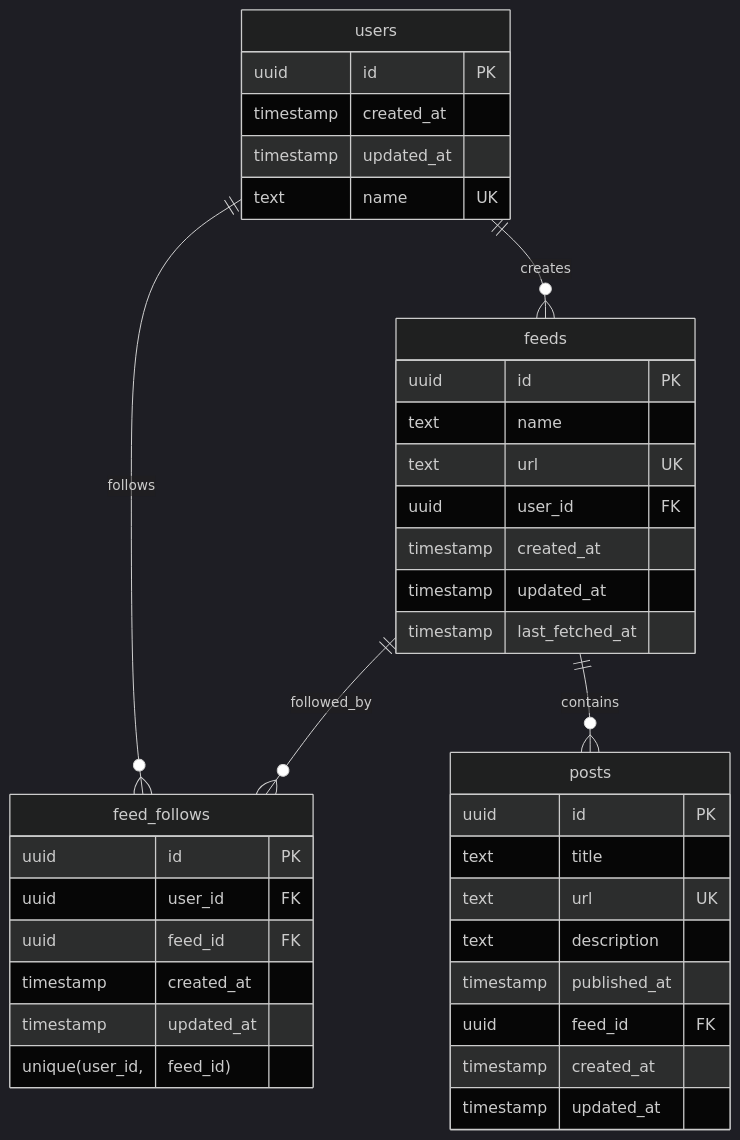
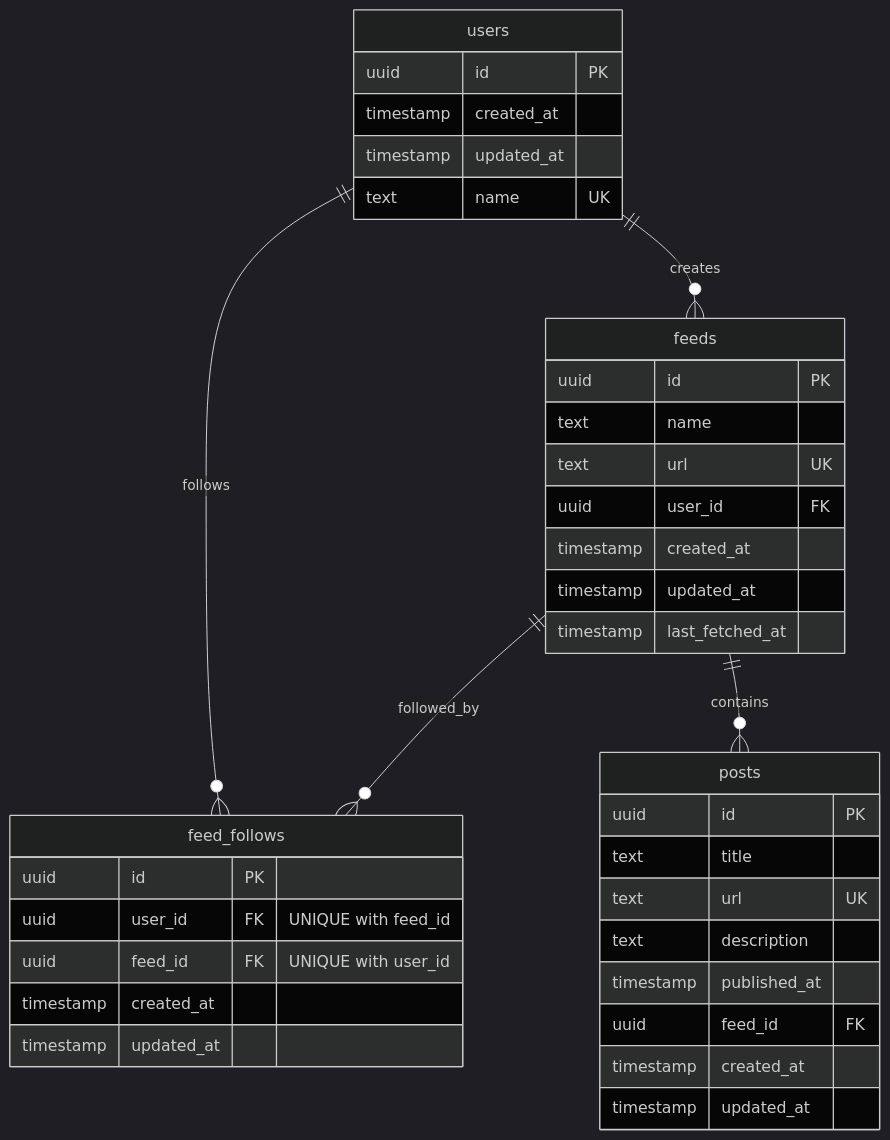
One commit to lmilojevicc/gator changed the diagram in README.md. Above: the diagram before and after it, drawn with Mermaid (dark theme).

Commit message:
Fix README diagram

````diff
--- a/README.md
+++ b/README.md
@@ -217,44 +217,45 @@
 ```mermaid
 erDiagram
-    users ||--o{ feeds : "creates"
-    users ||--o{ feed_follows : "follows"
-    feeds ||--o{ feed_follows : "followed_by"
-    feeds ||--o{ posts : "contains"
+users ||--o{ feeds : creates
+users ||--o{ feed_follows : follows
+feeds ||--o{ feed_follows : followed_by
+feeds ||--o{ posts : contains
 
     users {
         uuid id PK
         timestamp created_at
         timestamp updated_at
         text name UK
     }
 
     feeds {
         uuid id PK
         text name
         text url UK
         uuid user_id FK
         timestamp created_at
         timestamp updated_at
         timestamp last_fetched_at
     }
 
     feed_follows {
         uuid id PK
-        uuid user_id FK
-        uuid feed_id FK
+        uuid user_id FK "UNIQUE with feed_id"
+        uuid feed_id FK "UNIQUE with user_id"
         timestamp created_at
         timestamp updated_at
-        unique(user_id, feed_id)
+        %% UNIQUE(user_id, feed_id)
     }
 
     posts {
         uuid id PK
         text title
         text url UK
         text description
         timestamp published_at
         uuid feed_id FK
         timestamp created_at
         timestamp updated_at
     }
+
 ```
````
